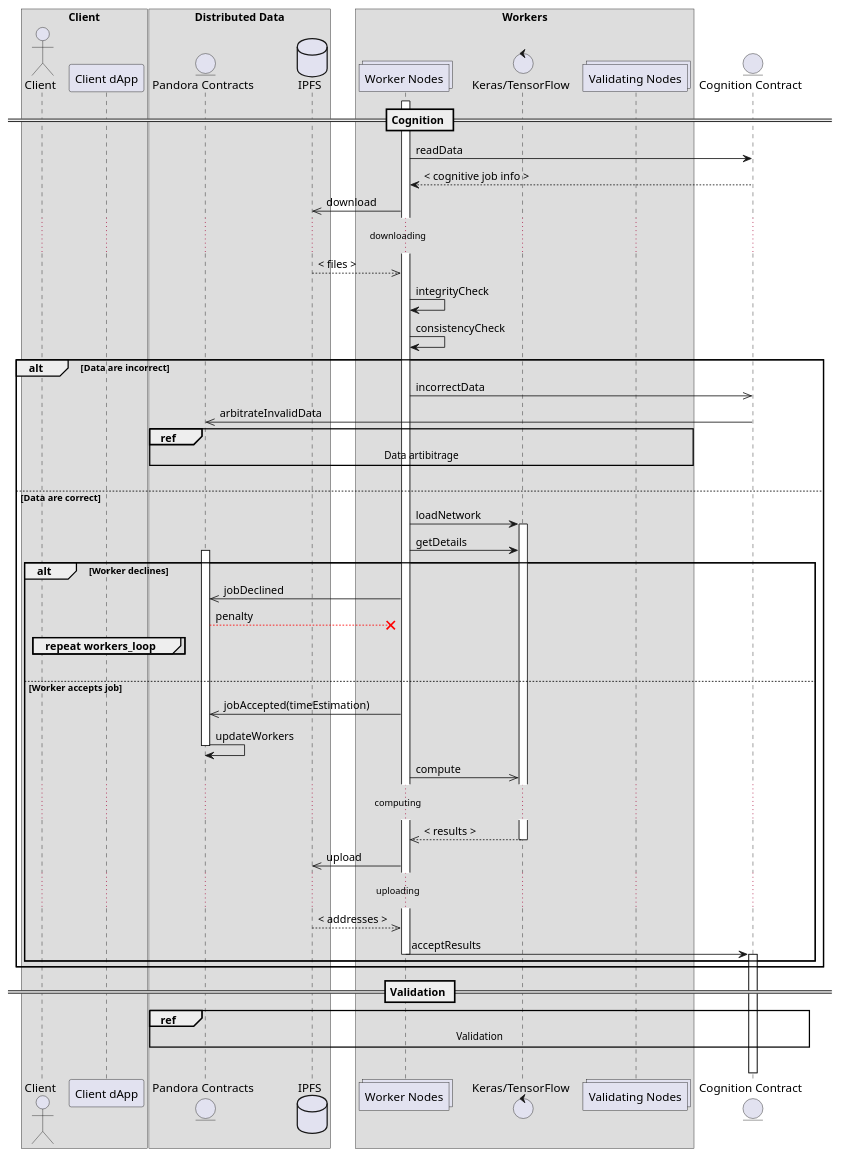
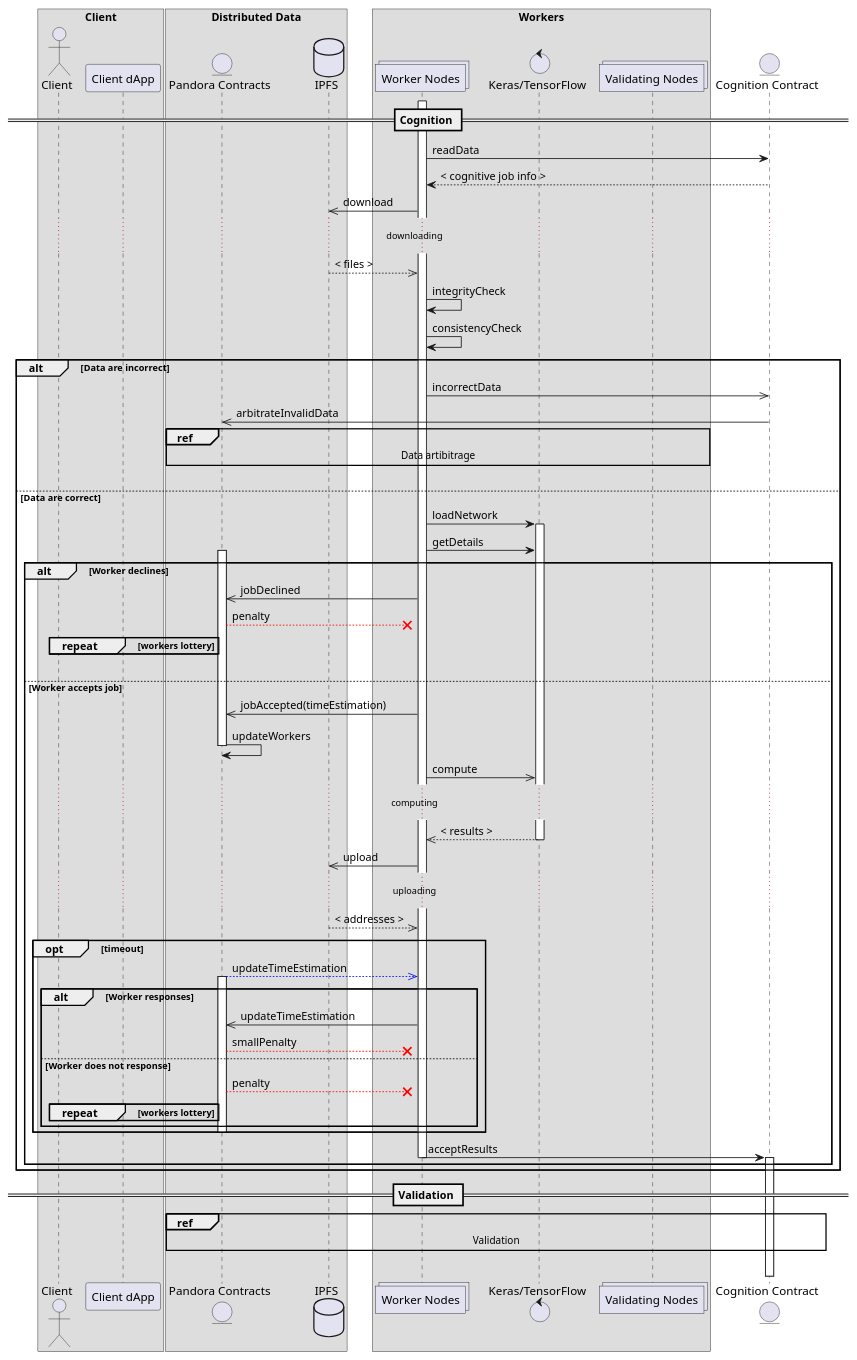
Before and after one commit to pandoraboxchain/pocw-techspecs: the diagram in sequence_cognition_20.plantuml, drawn with PlantUML.

Commit message:
Update sequence cognition with workers timeout case

```diff
--- a/sequence_cognition_20.plantuml
+++ b/sequence_cognition_20.plantuml
@@ -1,67 +1,80 @@
 @startuml
 box "Client"
   actor "Client" as client
   participant "Client dApp" as dapp
 end box
 
 box "Distributed Data"
   entity "Pandora Contracts" as pandora
   database "IPFS" as ipfs
 end box
 
 box "Workers"
   collections "Worker Nodes" as workers
   control "Keras/TensorFlow" as nn
   collections "Validating Nodes" as validators
 end box
 
 entity "Cognition Contract" as cognition
 
 == Cognition ==
 
 activate workers
 workers -> cognition: readData
 cognition --> workers: < cognitive job info >
 workers ->> ipfs: download
 ... downloading ...
 ipfs -->> workers: < files >
 workers -> workers: integrityCheck
 workers -> workers: consistencyCheck
 alt Data are incorrect
   workers ->> cognition: incorrectData
   cognition ->> pandora: arbitrateInvalidData
   ref over pandora, workers, validators: Data artibitrage
   |||
 else Data are correct
   workers -> nn: loadNetwork
   activate nn
   workers -> nn: getDetails
   activate pandora
   alt Worker declines
     workers ->> pandora: jobDeclined
     pandora -[#red]->x workers: penalty
-    group repeat workers_loop
+    group repeat [workers lottery]
     end
     |||
   else Worker accepts job
     workers ->> pandora: jobAccepted(timeEstimation)
     pandora -> pandora: updateWorkers
     deactivate pandora
     workers ->> nn: compute
   ... computing ...
     nn -->> workers: < results >
     deactivate nn
     workers ->> ipfs: upload
   ... uploading ...
     ipfs -->> workers: < addresses >
+    opt timeout
+      pandora -[#blue]->> workers: updateTimeEstimation
+      activate pandora
+      alt Worker responses
+        workers ->> pandora: updateTimeEstimation
+        pandora -[#red]->x workers: smallPenalty
+      else Worker does not response
+        pandora -[#red]->x workers: penalty
+        group repeat [workers lottery]
+        end
+      end
+      deactivate pandora
+    end
     workers -> cognition: acceptResults
     deactivate workers
     activate cognition
   end
 end
 
 == Validation ==
 
 ref over pandora, cognition: Validation
 |||
 @enduml
```
